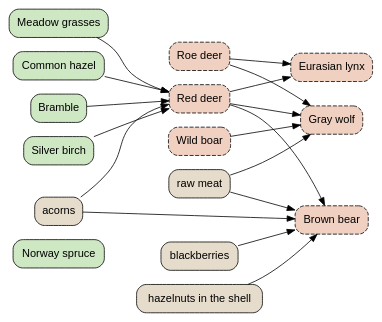
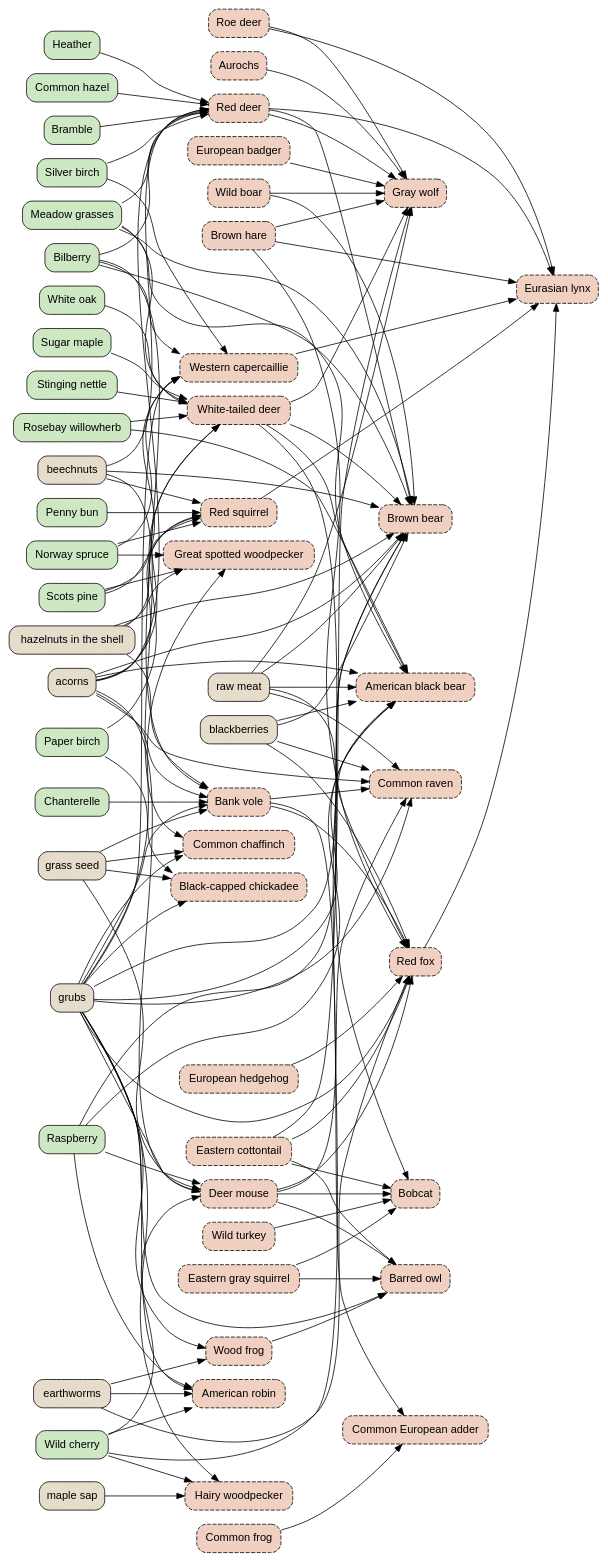
The diagram in docs/generated/foodweb_hearth_boreal_forest_ecosystem.dot (seanhoff561/Hearth), drawn with Graphviz before and after one commit. The commit also changed 28 other files, not shown here.

```diff
--- a/docs/generated/foodweb_hearth_boreal_forest_ecosystem.dot
+++ b/docs/generated/foodweb_hearth_boreal_forest_ecosystem.dot
@@ -1,34 +1,179 @@
 digraph "Food web: Boreal forest" {
   rankdir=LR; node [shape=box, style="rounded,filled", fontname="sans-serif"];
   n0 [label="Norway spruce", fillcolor="#cfe8c4"];
   n1 [label="Silver birch", fillcolor="#cfe8c4"];
   n2 [label="Meadow grasses", fillcolor="#cfe8c4"];
   n3 [label="Red deer", fillcolor="#f0d0c0", style="rounded,filled,dashed"];
   n4 [label="Common hazel", fillcolor="#cfe8c4"];
   n5 [label="Bramble", fillcolor="#cfe8c4"];
   n6 [label="acorns", fillcolor="#e6dccb"];
-  n7 [label="Gray wolf", fillcolor="#f0d0c0", style="rounded,filled,dashed"];
-  n8 [label="Roe deer", fillcolor="#f0d0c0", style="rounded,filled,dashed"];
-  n9 [label="Wild boar", fillcolor="#f0d0c0", style="rounded,filled,dashed"];
-  n10 [label="raw meat", fillcolor="#e6dccb"];
-  n11 [label="Brown bear", fillcolor="#f0d0c0", style="rounded,filled,dashed"];
-  n12 [label="blackberries", fillcolor="#e6dccb"];
-  n13 [label="hazelnuts in the shell", fillcolor="#e6dccb"];
-  n14 [label="Eurasian lynx", fillcolor="#f0d0c0", style="rounded,filled,dashed"];
+  n7 [label="Bilberry", fillcolor="#cfe8c4"];
+  n8 [label="Heather", fillcolor="#cfe8c4"];
+  n9 [label="beechnuts", fillcolor="#e6dccb"];
+  n10 [label="White-tailed deer", fillcolor="#f0d0c0", style="rounded,filled,dashed"];
+  n11 [label="White oak", fillcolor="#cfe8c4"];
+  n12 [label="Sugar maple", fillcolor="#cfe8c4"];
+  n13 [label="Paper birch", fillcolor="#cfe8c4"];
+  n14 [label="Rosebay willowherb", fillcolor="#cfe8c4"];
+  n15 [label="Stinging nettle", fillcolor="#cfe8c4"];
+  n16 [label="Gray wolf", fillcolor="#f0d0c0", style="rounded,filled,dashed"];
+  n17 [label="Roe deer", fillcolor="#f0d0c0", style="rounded,filled,dashed"];
+  n18 [label="Wild boar", fillcolor="#f0d0c0", style="rounded,filled,dashed"];
+  n19 [label="Aurochs", fillcolor="#f0d0c0", style="rounded,filled,dashed"];
+  n20 [label="Brown hare", fillcolor="#f0d0c0", style="rounded,filled,dashed"];
+  n21 [label="Eastern cottontail", fillcolor="#f0d0c0", style="rounded,filled,dashed"];
+  n22 [label="European badger", fillcolor="#f0d0c0", style="rounded,filled,dashed"];
+  n23 [label="raw meat", fillcolor="#e6dccb"];
+  n24 [label="Red fox", fillcolor="#f0d0c0", style="rounded,filled,dashed"];
+  n25 [label="Bank vole", fillcolor="#f0d0c0", style="rounded,filled,dashed"];
+  n26 [label="Deer mouse", fillcolor="#f0d0c0", style="rounded,filled,dashed"];
+  n27 [label="European hedgehog", fillcolor="#f0d0c0", style="rounded,filled,dashed"];
+  n28 [label="earthworms", fillcolor="#e6dccb"];
+  n29 [label="grubs", fillcolor="#e6dccb"];
+  n30 [label="blackberries", fillcolor="#e6dccb"];
+  n31 [label="Brown bear", fillcolor="#f0d0c0", style="rounded,filled,dashed"];
+  n32 [label="Raspberry", fillcolor="#cfe8c4"];
+  n33 [label="hazelnuts in the shell", fillcolor="#e6dccb"];
+  n34 [label="American black bear", fillcolor="#f0d0c0", style="rounded,filled,dashed"];
+  n35 [label="Wild cherry", fillcolor="#cfe8c4"];
+  n36 [label="Eurasian lynx", fillcolor="#f0d0c0", style="rounded,filled,dashed"];
+  n37 [label="Western capercaillie", fillcolor="#f0d0c0", style="rounded,filled,dashed"];
+  n38 [label="Red squirrel", fillcolor="#f0d0c0", style="rounded,filled,dashed"];
+  n39 [label="Bobcat", fillcolor="#f0d0c0", style="rounded,filled,dashed"];
+  n40 [label="Eastern gray squirrel", fillcolor="#f0d0c0", style="rounded,filled,dashed"];
+  n41 [label="Wild turkey", fillcolor="#f0d0c0", style="rounded,filled,dashed"];
+  n42 [label="Scots pine", fillcolor="#cfe8c4"];
+  n43 [label="Barred owl", fillcolor="#f0d0c0", style="rounded,filled,dashed"];
+  n44 [label="Wood frog", fillcolor="#f0d0c0", style="rounded,filled,dashed"];
+  n45 [label="Great spotted woodpecker", fillcolor="#f0d0c0", style="rounded,filled,dashed"];
+  n46 [label="Hairy woodpecker", fillcolor="#f0d0c0", style="rounded,filled,dashed"];
+  n47 [label="maple sap", fillcolor="#e6dccb"];
+  n48 [label="Common raven", fillcolor="#f0d0c0", style="rounded,filled,dashed"];
+  n49 [label="Common chaffinch", fillcolor="#f0d0c0", style="rounded,filled,dashed"];
+  n50 [label="grass seed", fillcolor="#e6dccb"];
+  n51 [label="American robin", fillcolor="#f0d0c0", style="rounded,filled,dashed"];
+  n52 [label="Black-capped chickadee", fillcolor="#f0d0c0", style="rounded,filled,dashed"];
+  n53 [label="Common European adder", fillcolor="#f0d0c0", style="rounded,filled,dashed"];
+  n54 [label="Common frog", fillcolor="#f0d0c0", style="rounded,filled,dashed"];
+  n55 [label="Penny bun", fillcolor="#cfe8c4"];
+  n56 [label="Chanterelle", fillcolor="#cfe8c4"];
   n2 -> n3;
   n4 -> n3;
   n5 -> n3;
   n6 -> n3;
   n1 -> n3;
-  n3 -> n7;
-  n8 -> n7;
-  n9 -> n7;
-  n10 -> n7;
-  n12 -> n11;
-  n13 -> n11;
-  n6 -> n11;
-  n10 -> n11;
-  n3 -> n11;
-  n8 -> n14;
-  n3 -> n14;
+  n7 -> n3;
+  n8 -> n3;
+  n9 -> n3;
+  n11 -> n10;
+  n6 -> n10;
+  n12 -> n10;
+  n13 -> n10;
+  n2 -> n10;
+  n14 -> n10;
+  n15 -> n10;
+  n3 -> n16;
+  n10 -> n16;
+  n17 -> n16;
+  n18 -> n16;
+  n19 -> n16;
+  n20 -> n16;
+  n21 -> n16;
+  n22 -> n16;
+  n23 -> n16;
+  n25 -> n24;
+  n26 -> n24;
+  n20 -> n24;
+  n21 -> n24;
+  n27 -> n24;
+  n28 -> n24;
+  n29 -> n24;
+  n30 -> n24;
+  n23 -> n24;
+  n30 -> n31;
+  n7 -> n31;
+  n32 -> n31;
+  n33 -> n31;
+  n6 -> n31;
+  n9 -> n31;
+  n2 -> n31;
+  n29 -> n31;
+  n23 -> n31;
+  n3 -> n31;
+  n10 -> n31;
+  n18 -> n31;
+  n6 -> n34;
+  n32 -> n34;
+  n30 -> n34;
+  n35 -> n34;
+  n2 -> n34;
+  n14 -> n34;
+  n29 -> n34;
+  n23 -> n34;
+  n10 -> n34;
+  n17 -> n36;
+  n3 -> n36;
+  n20 -> n36;
+  n24 -> n36;
+  n37 -> n36;
+  n38 -> n36;
+  n21 -> n39;
+  n40 -> n39;
+  n26 -> n39;
+  n41 -> n39;
+  n10 -> n39;
+  n42 -> n37;
+  n7 -> n37;
+  n0 -> n37;
+  n1 -> n37;
+  n29 -> n37;
+  n26 -> n43;
+  n40 -> n43;
+  n44 -> n43;
+  n21 -> n43;
+  n29 -> n43;
+  n29 -> n45;
+  n42 -> n45;
+  n33 -> n45;
+  n0 -> n45;
+  n29 -> n46;
+  n47 -> n46;
+  n35 -> n46;
+  n23 -> n48;
+  n29 -> n48;
+  n25 -> n48;
+  n26 -> n48;
+  n30 -> n48;
+  n6 -> n48;
+  n50 -> n49;
+  n9 -> n49;
+  n29 -> n49;
+  n28 -> n51;
+  n29 -> n51;
+  n35 -> n51;
+  n32 -> n51;
+  n29 -> n52;
+  n50 -> n52;
+  n13 -> n52;
+  n29 -> n44;
+  n28 -> n44;
+  n25 -> n53;
+  n54 -> n53;
+  n33 -> n38;
+  n42 -> n38;
+  n0 -> n38;
+  n9 -> n38;
+  n6 -> n38;
+  n55 -> n38;
+  n50 -> n25;
+  n7 -> n25;
+  n33 -> n25;
+  n6 -> n25;
+  n29 -> n25;
+  n56 -> n25;
+  n50 -> n26;
+  n6 -> n26;
+  n35 -> n26;
+  n29 -> n26;
+  n32 -> n26;
 }
```
